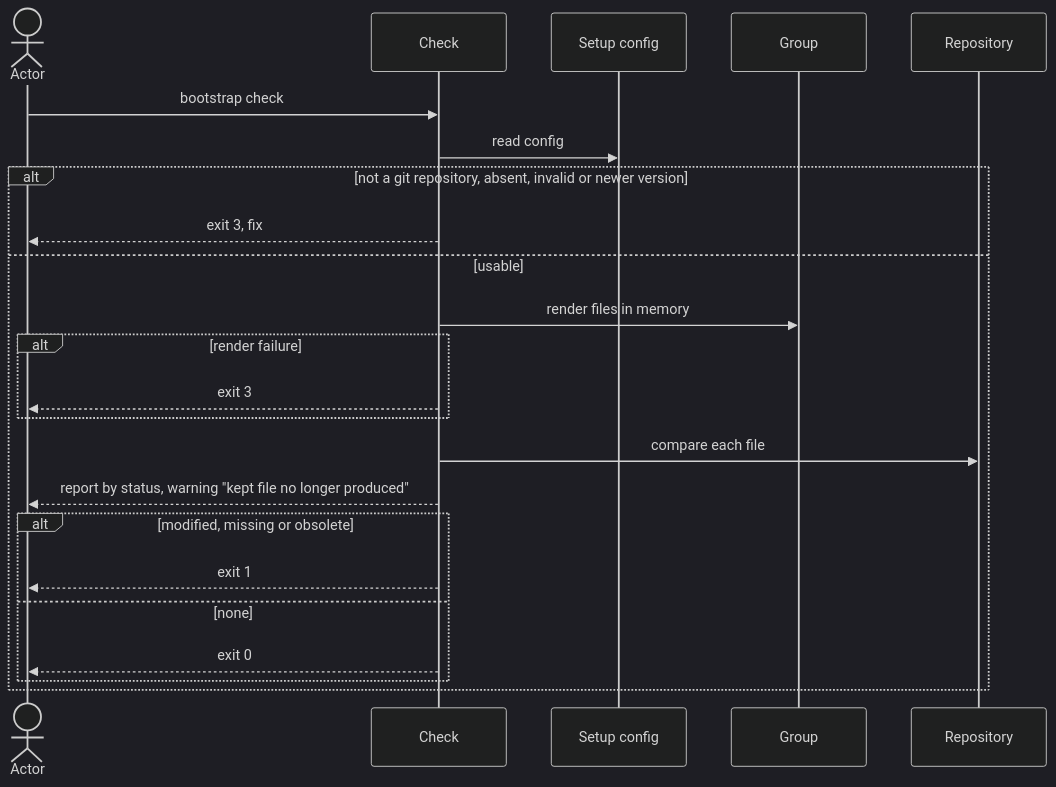
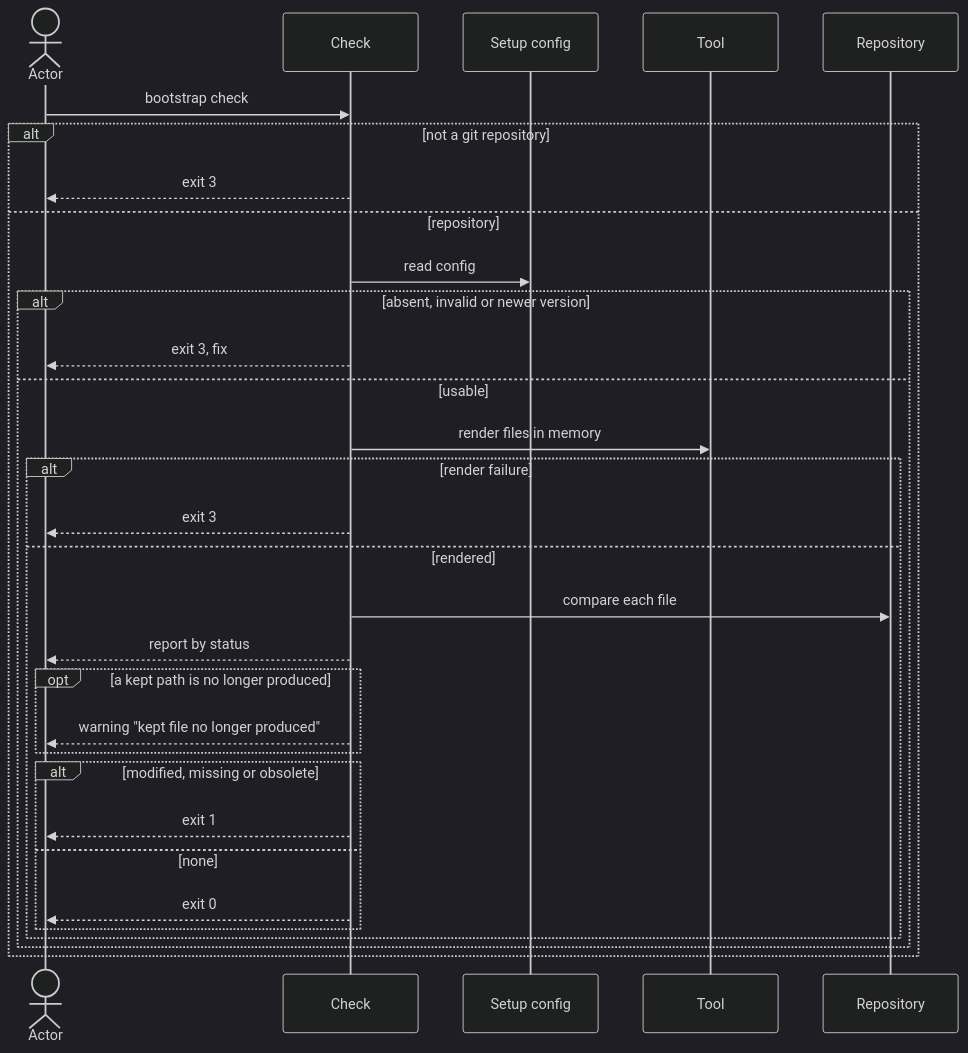
The diagram in docs/blueprint/flows/cli/120-check-drift/index.md (virajp/bootstrap), drawn with Mermaid (dark theme) before and after one commit. The commit also changed other lines of this file and 19 other files, not shown here.

First line of the commit message:
docs: blueprint group→tool restructure and init contract gaps

````diff
--- a/docs/blueprint/flows/cli/120-check-drift/index.md
+++ b/docs/blueprint/flows/cli/120-check-drift/index.md
@@ -80,25 +80,33 @@
 ```mermaid
 sequenceDiagram
     actor O as Actor
     participant K as Check
     participant C as Setup config
-    participant G as Group
+    participant G as Tool
     participant R as Repository
     O->>K: bootstrap check
+    alt not a git repository
+        K-->>O: exit 3
+    else repository
     K->>C: read config
-    alt not a git repository, absent, invalid or newer version
+    alt absent, invalid or newer version
         K-->>O: exit 3, fix
     else usable
         K->>G: render files in memory
         alt render failure
             K-->>O: exit 3
-        end
-        K->>R: compare each file
-        K-->>O: report by status, warning "kept file no longer produced"
-        alt modified, missing or obsolete
-            K-->>O: exit 1
-        else none
-            K-->>O: exit 0
+        else rendered
+            K->>R: compare each file
+            K-->>O: report by status
+            opt a kept path is no longer produced
+                K-->>O: warning "kept file no longer produced"
+            end
+            alt modified, missing or obsolete
+                K-->>O: exit 1
+            else none
+                K-->>O: exit 0
+            end
         end
     end
+    end
 ```
````
